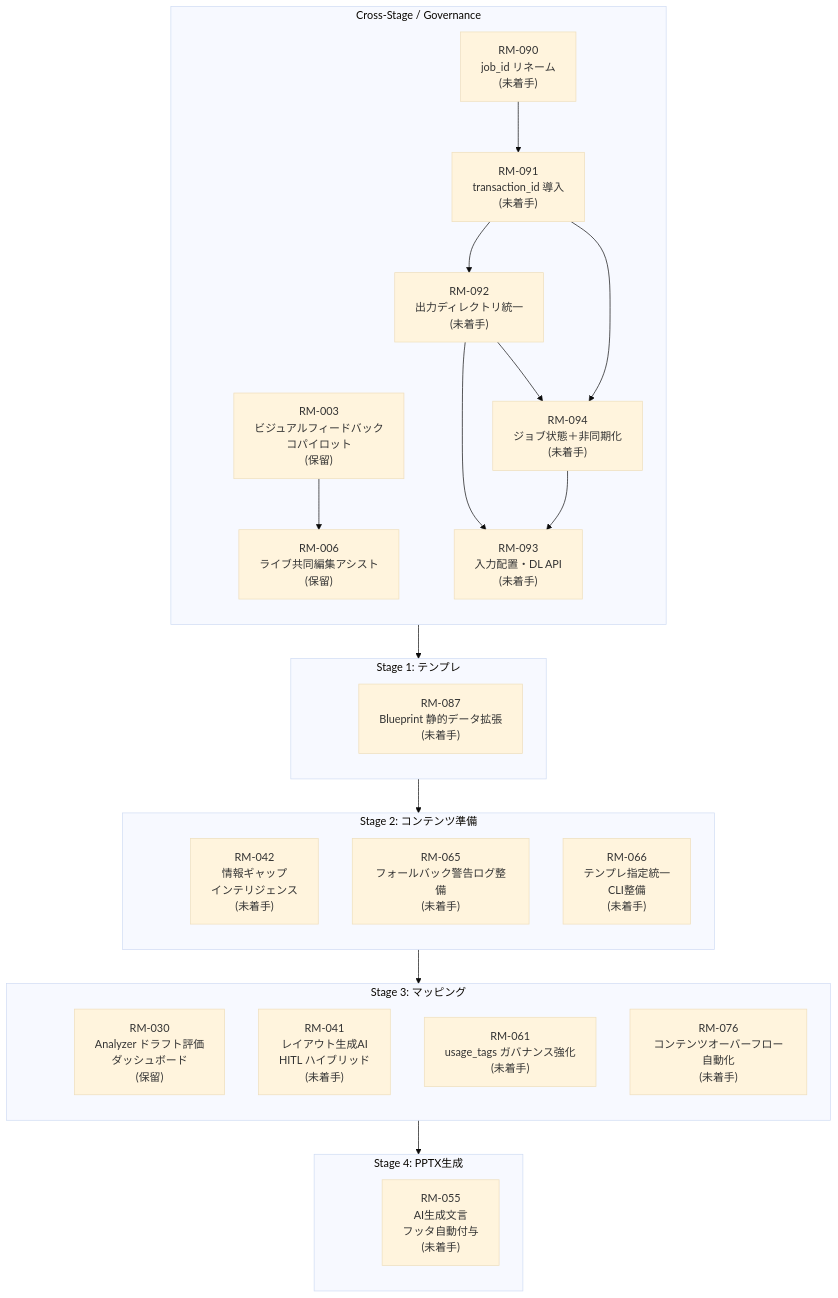
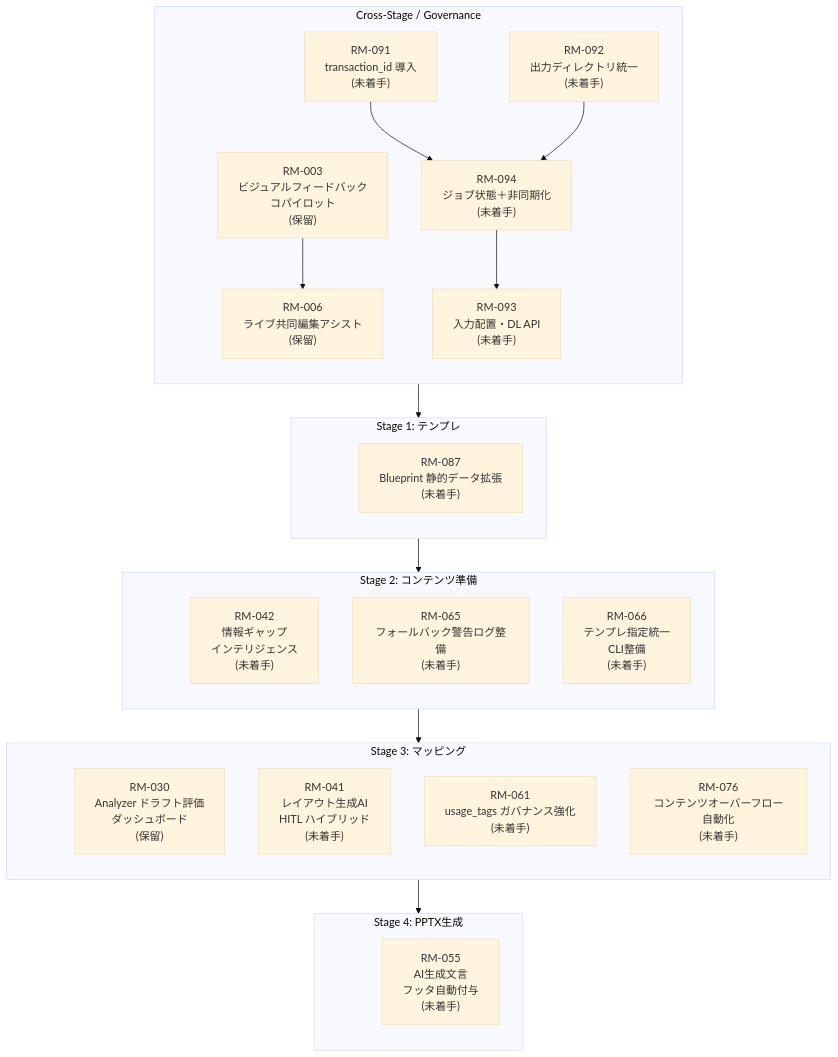
The diagram in docs/roadmap/roadmap.md (yurake/pptx_generator), drawn with Mermaid (base theme) before and after one commit. The commit also changed other lines of this file and 1 other file, not shown here.

Commit message:
chore(todo): auto-complete PR #434

````diff
--- a/docs/roadmap/roadmap.md
+++ b/docs/roadmap/roadmap.md
@@ -25,56 +25,54 @@
 ```mermaid
 flowchart TB
     subgraph GOV["Cross-Stage / Governance"]
         direction TB
         GOV_ANCHOR(( ))
         RM003["RM-003<br/>ビジュアルフィードバック<br/>コパイロット<br/>(保留)"]
         RM006["RM-006<br/>ライブ共同編集アシスト<br/>(保留)"]
-        RM090["RM-090<br/>job_id リネーム<br/>(未着手)"]
         RM091["RM-091<br/>transaction_id 導入<br/>(未着手)"]
         RM092["RM-092<br/>出力ディレクトリ統一<br/>(未着手)"]
         RM093["RM-093<br/>入力配置・DL API<br/>(未着手)"]
         RM094["RM-094<br/>ジョブ状態＋非同期化<br/>(未着手)"]
     end
 
     subgraph ST1["Stage 1: テンプレ"]
         direction TB
         ST1_ANCHOR(( ))
         RM087["RM-087<br/>Blueprint 静的データ拡張<br/>(未着手)"]
     end
 
     subgraph ST2["Stage 2: コンテンツ準備"]
         direction TB
         ST2_ANCHOR(( ))
         RM042["RM-042<br/>情報ギャップ<br/>インテリジェンス<br/>(未着手)"]
         RM065["RM-065<br/>フォールバック警告ログ整備<br/>(未着手)"]
         RM066["RM-066<br/>テンプレ指定統一<br/>CLI整備<br/>(未着手)"]
     end
 
     subgraph ST3["Stage 3: マッピング"]
         direction TB
         ST3_ANCHOR(( ))
         RM030["RM-030<br/>Analyzer ドラフト評価<br/>ダッシュボード<br/>(保留)"]
         RM041["RM-041<br/>レイアウト生成AI<br/>HITL ハイブリッド<br/>(未着手)"]
         RM061["RM-061<br/>usage_tags ガバナンス強化<br/>(未着手)"]
         RM076["RM-076<br/>コンテンツオーバーフロー自動化<br/>(未着手)"]
     end
 
     subgraph ST4["Stage 4: PPTX生成"]
         direction TB
         ST4_ANCHOR(( ))
         RM055["RM-055<br/>AI生成文言<br/>フッタ自動付与<br/>(未着手)"]
     end
 
     style GOV_ANCHOR fill:transparent,stroke:transparent
     style ST1_ANCHOR fill:transparent,stroke:transparent
     style ST2_ANCHOR fill:transparent,stroke:transparent
     style ST3_ANCHOR fill:transparent,stroke:transparent
     style ST4_ANCHOR fill:transparent,stroke:transparent
 
     GOV_ANCHOR --> ST1_ANCHOR --> ST2_ANCHOR --> ST3_ANCHOR --> ST4_ANCHOR
 
     RM003 --> RM006
-    RM090 --> RM091 --> RM092 --> RM093
     RM091 --> RM094 --> RM093
     RM092 --> RM094
 ```
````
